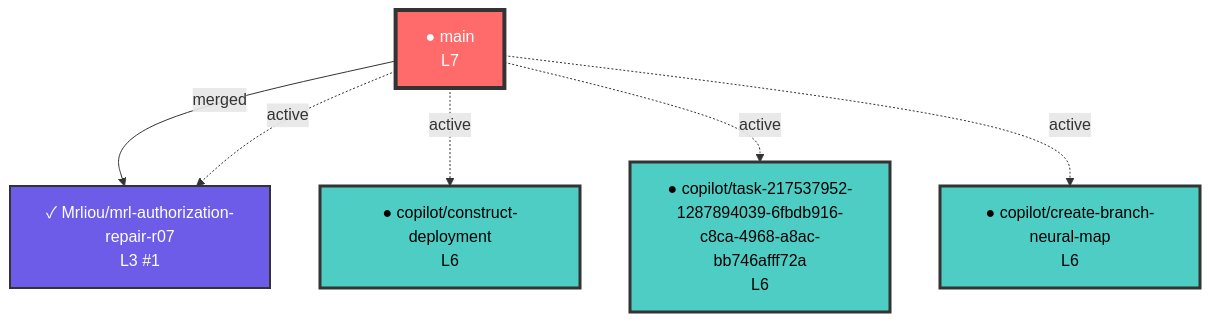
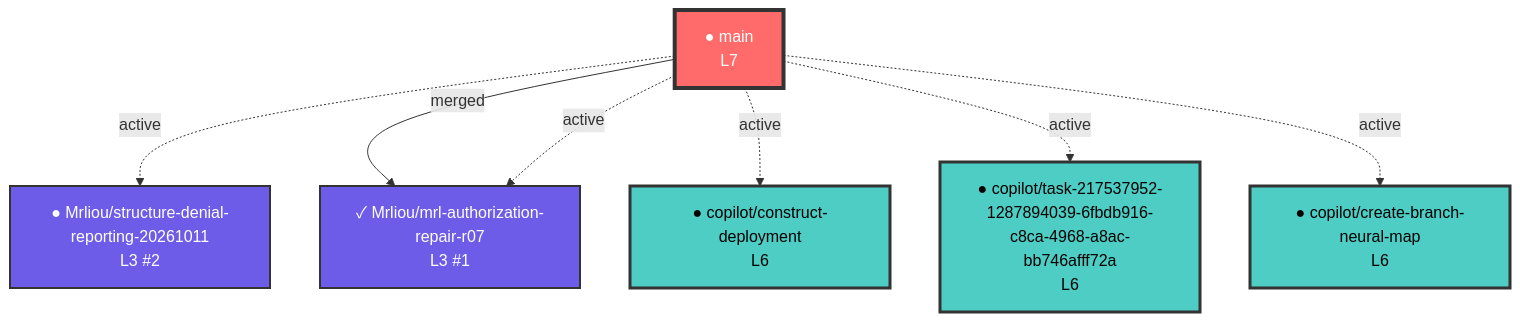
The diagram in neural-links/synaptic-graph.mermaid (dofaromg/MRL_ASI_system), drawn with Mermaid before and after one commit. The commit also changed 1 other file, not shown here.

Commit message:
🧠 Auto-sync neural network map [skip ci]

````diff
--- a/neural-links/synaptic-graph.mermaid
+++ b/neural-links/synaptic-graph.mermaid
@@ -1,25 +1,27 @@
 ```mermaid
 graph TD
   %% 神經網絡分支圖譜 - origin_signature: MrLiouWord
 
   %% 節點定義
   main["● main<br/>L7"]:::trunk
+  Mrliou_structure_denial_reporting_20261011["● Mrliou/structure-denial-reporting-20261011<br/>L3 #2"]:::experimental
   Mrliou_mrl_authorization_repair_r07["✓ Mrliou/mrl-authorization-repair-r07<br/>L3 #1"]:::experimental
   copilot_construct_deployment["● copilot/construct-deployment<br/>L6"]:::cognitive
   copilot_task_217537952_1287894039_6fbdb916_c8ca_4968_a8ac_bb746afff72a["● copilot/task-217537952-1287894039-6fbdb916-c8ca-4968-a8ac-bb746afff72a<br/>L6"]:::cognitive
   copilot_create_branch_neural_map["● copilot/create-branch-neural-map<br/>L6"]:::cognitive
 
   %% 連結定義
+  main -.->|active| Mrliou_structure_denial_reporting_20261011
   main -->|merged| Mrliou_mrl_authorization_repair_r07
   main -.->|active| copilot_construct_deployment
   main -.->|active| copilot_task_217537952_1287894039_6fbdb916_c8ca_4968_a8ac_bb746afff72a
   main -.->|active| Mrliou_mrl_authorization_repair_r07
   main -.->|active| copilot_create_branch_neural_map
 
   %% 樣式定義
   classDef trunk fill:#ff6b6b,stroke:#333,stroke-width:4px,color:#fff
   classDef cognitive fill:#4ecdc4,stroke:#333,stroke-width:3px,color:#000
   classDef feature fill:#95e1d3,stroke:#333,stroke-width:2px,color:#000
   classDef hotfix fill:#f9ca24,stroke:#333,stroke-width:2px,color:#000
   classDef experimental fill:#6c5ce7,stroke:#333,stroke-width:2px,color:#fff
 ```
````
